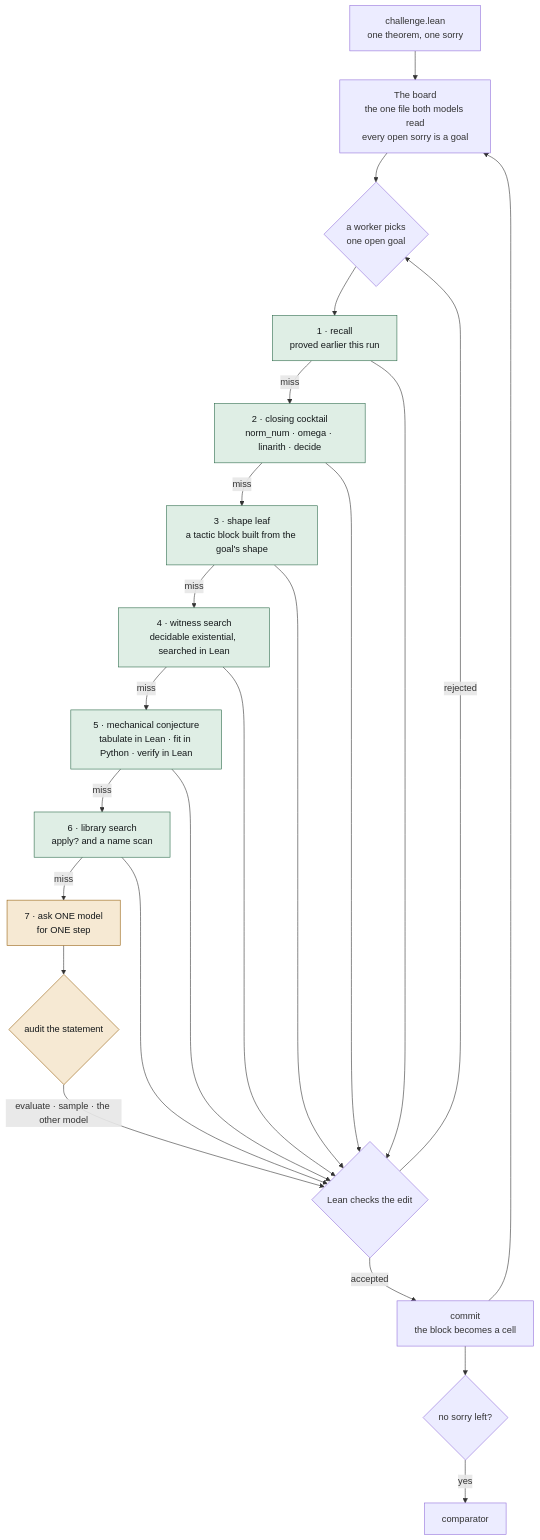
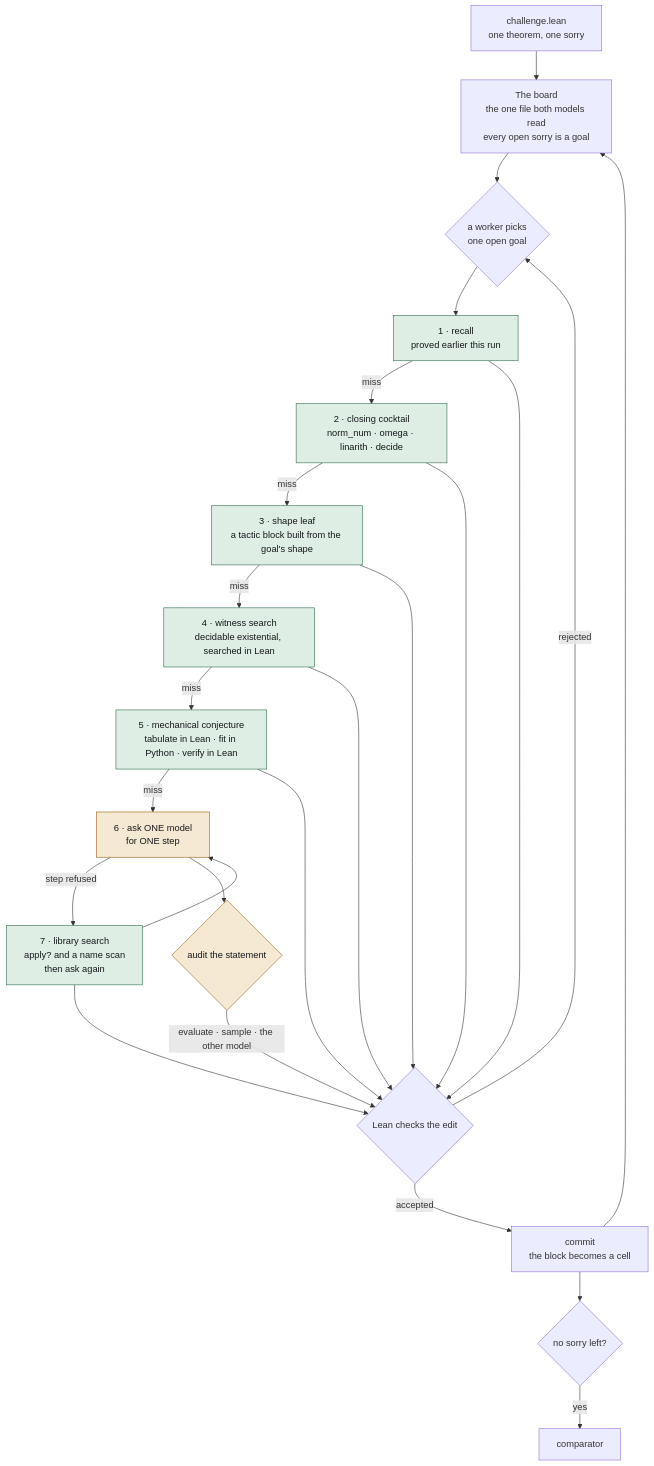
One commit to sunnyadn/re-takehome changed the first of 2 diagrams in docs/ARCHITECTURE.md. Above: the diagram before and after it, drawn with Mermaid. The commit also changed other lines of this file and 8 other files, not shown here.

First line of the commit message:
The library rung is not free and not first, and two diagrams said it was

````diff
--- a/docs/ARCHITECTURE.md
+++ b/docs/ARCHITECTURE.md
@@ -11,36 +11,37 @@
 ```mermaid
 flowchart TD
     START["challenge.lean<br/>one theorem, one sorry"] --> BOARD
 
     BOARD["The board<br/>the one file both models read<br/>every open sorry is a goal"]
     BOARD --> PICK{"a worker picks<br/>one open goal"}
 
     PICK --> R1["1 · recall<br/>proved earlier this run"]
     R1 -- miss --> R2["2 · closing cocktail<br/>norm_num · omega · linarith · decide"]
     R2 -- miss --> R3["3 · shape leaf<br/>a tactic block built from the goal's shape"]
     R3 -- miss --> R4["4 · witness search<br/>decidable existential, searched in Lean"]
     R4 -- miss --> R5["5 · mechanical conjecture<br/>tabulate in Lean · fit in Python · verify in Lean"]
-    R5 -- miss --> R6["6 · library search<br/>apply? and a name scan"]
-    R6 -- miss --> ASK["7 · ask ONE model<br/>for ONE step"]
+    R5 -- miss --> ASK["6 · ask ONE model<br/>for ONE step"]
+    ASK -- "step refused" --> R6["7 · library search<br/>apply? and a name scan<br/>then ask again"]
+    R6 --> ASK
 
     ASK --> AUDIT{"audit the statement"}
     AUDIT -- "evaluate · sample · the other model" --> LEAN
     R1 --> LEAN
     R2 --> LEAN
     R3 --> LEAN
     R4 --> LEAN
     R5 --> LEAN
     R6 --> LEAN
 
     LEAN{"Lean checks the edit"}
     LEAN -- rejected --> PICK
     LEAN -- accepted --> CELL["commit<br/>the block becomes a cell"]
     CELL --> BOARD
     CELL --> DONE{"no sorry left?"}
     DONE -- yes --> CMP["comparator"]
 
     classDef free fill:#dfeee5,stroke:#2c6a4a,color:#14181a
     classDef paid fill:#f6e9d3,stroke:#96600f,color:#14181a
     class R1,R2,R3,R4,R5,R6 free
     class ASK,AUDIT paid
 ```
````
